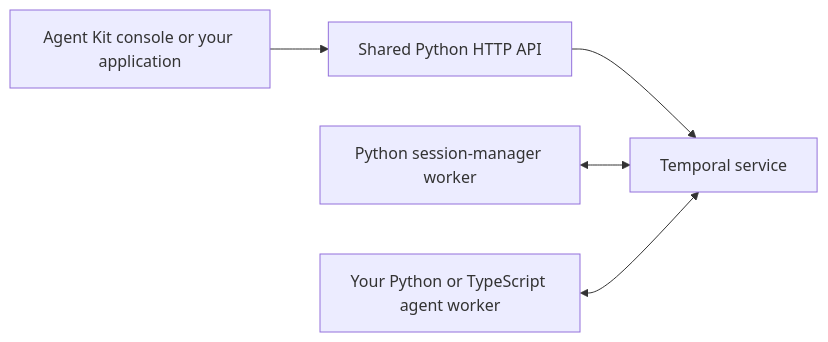
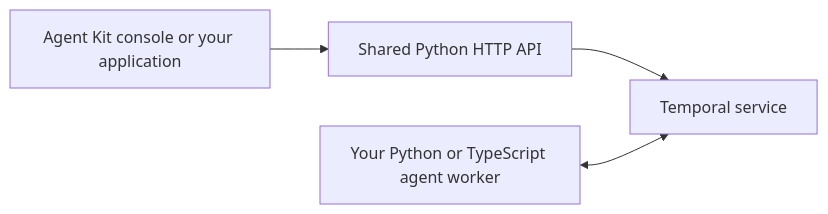
One commit to temporal-community/temporal-agent-harness changed the diagram in README.md. Above: the diagram before and after it, drawn with Mermaid. The commit also changed other lines of this file and 176 other files, not shown here.

First line of the commit message:
List sessions from Temporal visibility and drop the session manager

````diff
--- a/README.md
+++ b/README.md
@@ -132,7 +132,6 @@
 ```mermaid
 flowchart LR
     UI[Agent Kit console or your application] --> API[Shared Python HTTP API]
     API --> T[Temporal service]
-    M[Python session-manager worker] <--> T
     W[Your Python or TypeScript agent worker] <--> T
 ```
````
